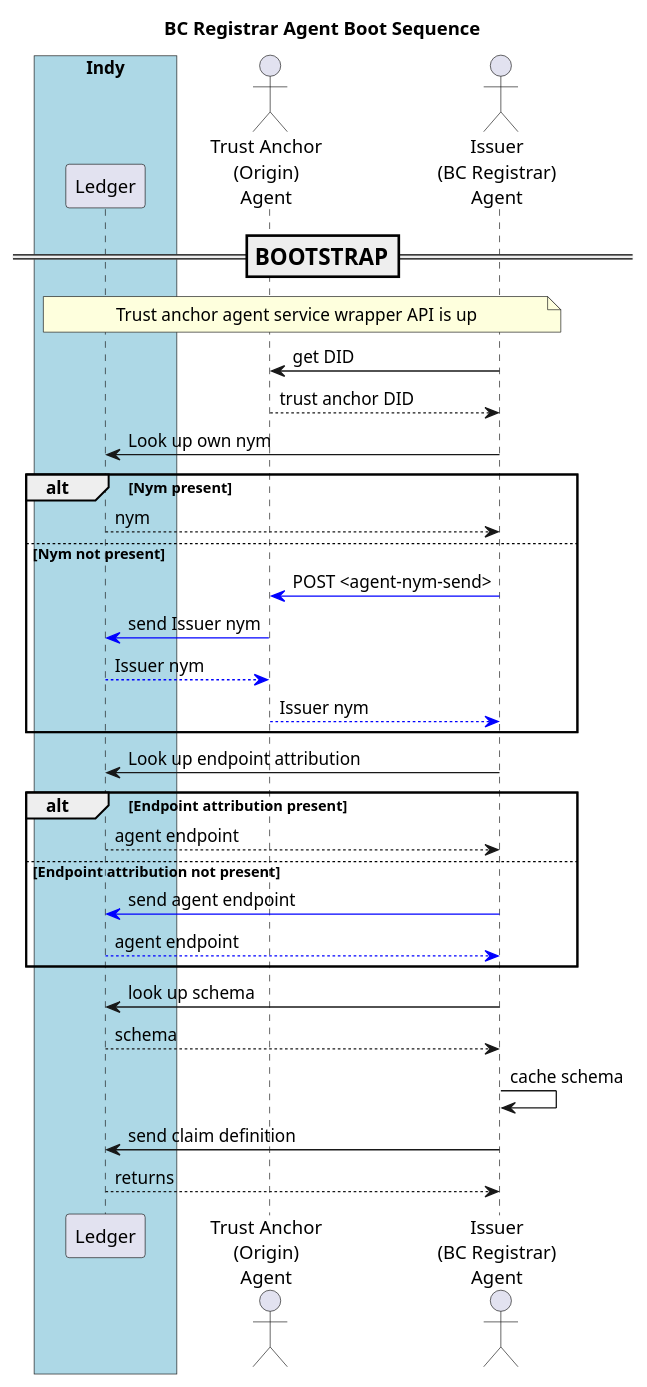
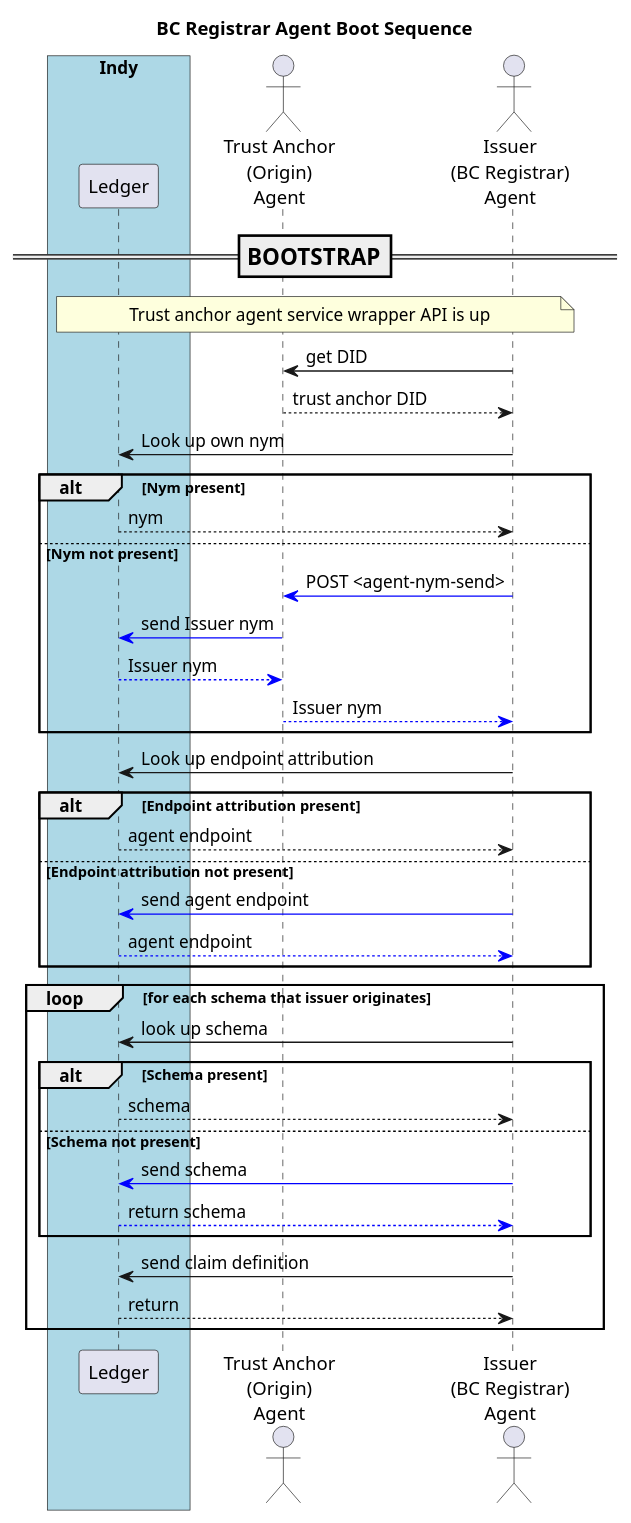
One commit to PSPC-SPAC-buyandsell/von_base changed the diagram in doc/pic/src/boot.bcrag.puml. Above: the diagram before and after it, drawn with PlantUML. The commit also changed 20 other files, not shown here.

Commit message:
allow each issuer to originate one schema (or none)

```diff
--- a/doc/pic/src/boot.bcrag.puml
+++ b/doc/pic/src/boot.bcrag.puml
@@ -1,63 +1,69 @@
 @startuml
 /'
 Copyright 2017 Government of Canada - Public Services and Procurement Canada - buyandsell.gc.ca
 
 Licensed under the Apache License, Version 2.0 (the "License");
 you may not use this file except in compliance with the License.
 You may obtain a copy of the License at
 
 http://www.apache.org/licenses/LICENSE-2.0
 
 Unless required by applicable law or agreed to in writing, software
 distributed under the License is distributed on an "AS IS" BASIS,
 WITHOUT WARRANTIES OR CONDITIONS OF ANY KIND, either express or implied.
 See the License for the specific language governing permissions and
 limitations under the License.
 '/
 
 skinparam ParticipantPadding 20
 skinparam BaloxPadding 20
 
 title BC Registrar Agent Boot Sequence
 
 
 box "Indy" #LightBlue
     participant "Ledger" as ledger
 endbox
 actor "Trust Anchor\n(Origin)\nAgent" as tag
 actor "Issuer\n(BC Registrar)\nAgent" as bcrag
 
 === BOOTSTRAP ==
 note over ledger, bcrag
 Trust anchor agent service wrapper API is up
 endnote
 
 bcrag -> tag: get DID
 tag --> bcrag: trust anchor DID
 
 bcrag -> ledger: Look up own nym
 alt Nym present
     ledger --> bcrag: nym
 else Nym not present
     bcrag -[#blue]> tag: POST <agent-nym-send>
     tag -[#blue]> ledger: send Issuer nym
     ledger --[#blue]> tag: Issuer nym
     tag --[#blue]> bcrag: Issuer nym
 end
 
 bcrag -> ledger: Look up endpoint attribution
 alt Endpoint attribution present
     ledger --> bcrag: agent endpoint
 else Endpoint attribution not present
     bcrag -[#blue]> ledger: send agent endpoint
     ledger --[#blue]> bcrag: agent endpoint
 end
 
-bcrag -> ledger: look up schema
-ledger --> bcrag: schema
-bcrag -> bcrag: cache schema
+loop for each schema that issuer originates
+    bcrag -> ledger: look up schema
+    alt Schema present
+        ledger --> bcrag: schema
+    else Schema not present
+        bcrag -[#blue]> ledger: send schema
+        ledger --[#blue]> bcrag: return schema
+    end
 
-bcrag -> ledger: send claim definition
-ledger --> bcrag: returns
+    bcrag -> ledger: send claim definition
+    ledger --> bcrag: return
+end
 
 @enduml
```
